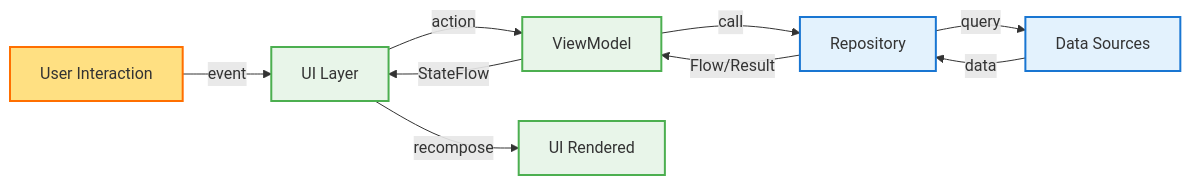
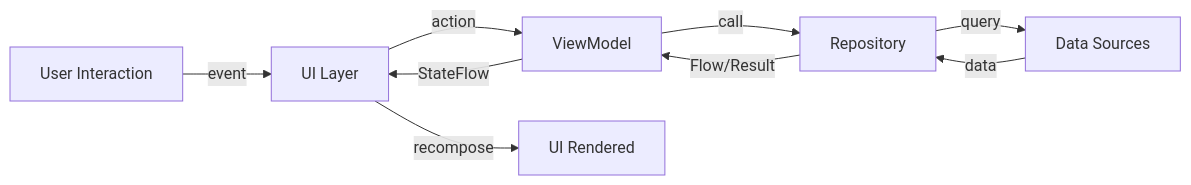
Before and after one commit to atick-faisal/Jetpack-Android-Starter: the second of 13 diagrams in docs/data-flow.md, drawn with Mermaid. The commit also changed other lines of this file and 31 other files, not shown here.

````diff
--- a/docs/data-flow.md
+++ b/docs/data-flow.md
@@ -54,18 +49,11 @@
 ```mermaid
 graph LR
     A[User Interaction] -->|event| B[UI Layer]
     B -->|action| C[ViewModel]
     C -->|call| D[Repository]
     D -->|query| E[Data Sources]
     E -->|data| D
     D -->|Flow/Result| C
     C -->|StateFlow| B
     B -->|recompose| F[UI Rendered]
-
-    style A fill:#FFE082,stroke:#FF6F00,stroke-width:2px
-    style B fill:#E8F5E9,stroke:#4CAF50,stroke-width:2px
-    style C fill:#E8F5E9,stroke:#4CAF50,stroke-width:2px
-    style D fill:#E3F2FD,stroke:#1976D2,stroke-width:2px
-    style E fill:#E3F2FD,stroke:#1976D2,stroke-width:2px
-    style F fill:#E8F5E9,stroke:#4CAF50,stroke-width:2px
 ```
````
